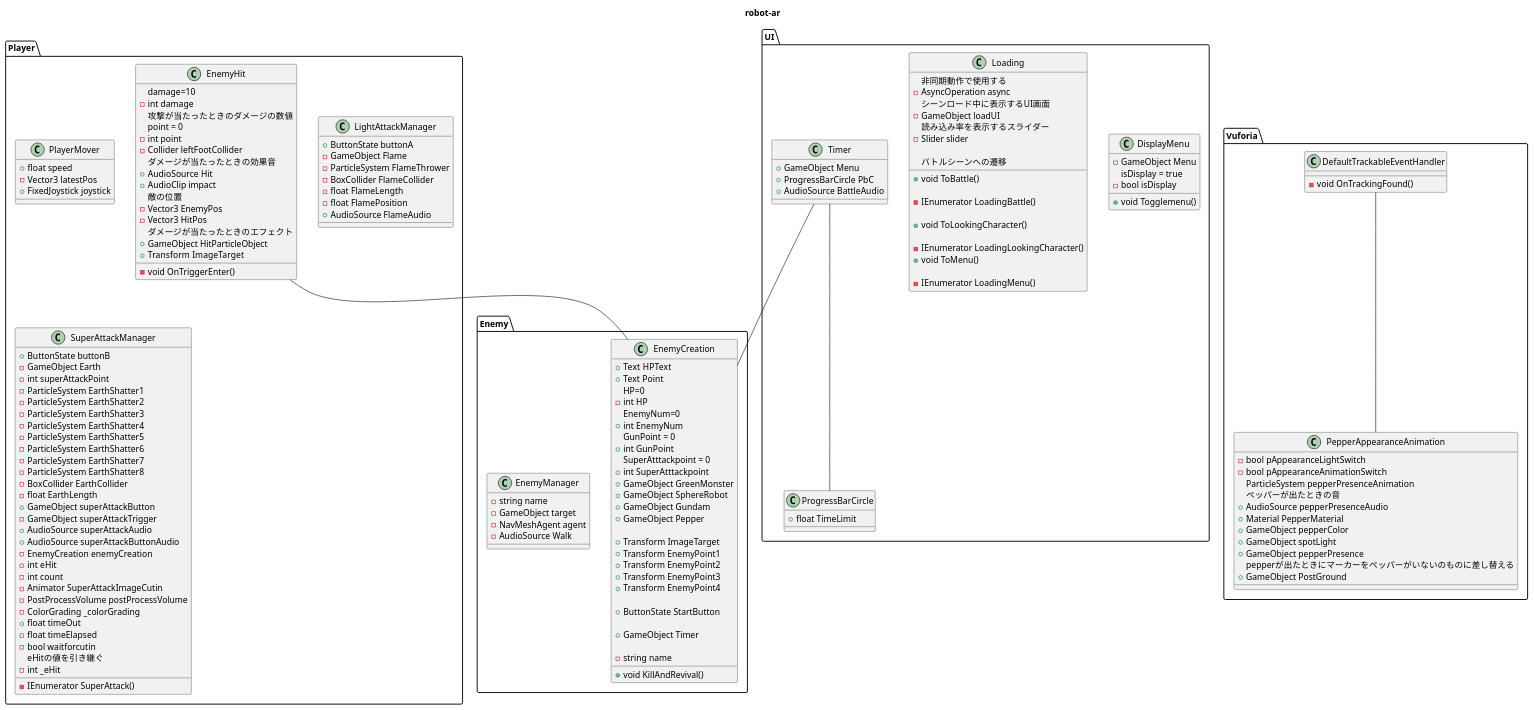
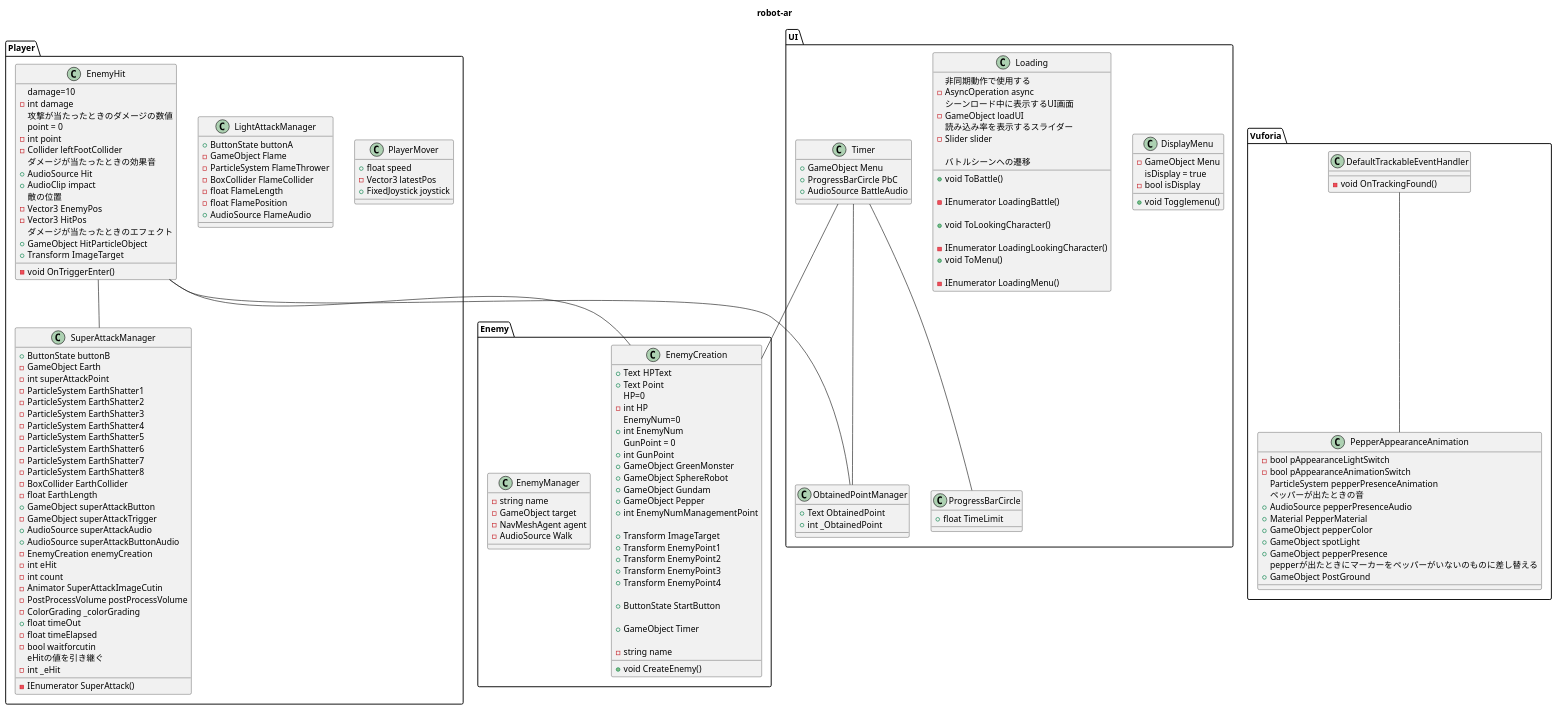
Before and after one commit to masaki11111/robot-ar: the diagram in plantuml/uml.pu, drawn with PlantUML. The commit also changed 48 other files, not shown here.

```diff
--- a/plantuml/uml.pu
+++ b/plantuml/uml.pu
@@ -1,190 +1,198 @@
 @startuml robot-ar
 title robot-ar
 package Enemy{
     class EnemyCreation {
 
         + Text HPText
         + Text Point
         HP=0
         - int HP
         EnemyNum=0
         + int EnemyNum
         GunPoint = 0
         + int GunPoint
-        SuperAtttackpoint = 0
-        + int SuperAtttackpoint
         + GameObject GreenMonster
         + GameObject SphereRobot
         + GameObject Gundam
         + GameObject Pepper
+        + int EnemyNumManagementPoint
 
         + Transform ImageTarget
         + Transform EnemyPoint1
         + Transform EnemyPoint2
         + Transform EnemyPoint3
         + Transform EnemyPoint4
 
         + ButtonState StartButton
 
         + GameObject Timer
 
         - string name
 
-        + void KillAndRevival()
+        + void CreateEnemy()
     }
 
     class EnemyManager {
         - string name
         - GameObject target
         - NavMeshAgent agent
         - AudioSource Walk
     }
 }
 
 package Player{
 
     class PlayerMover{
         + float speed
         - Vector3 latestPos
         + FixedJoystick joystick
 
     }
 
     class LightAttackManager{
         + ButtonState buttonA
         - GameObject Flame
         - ParticleSystem FlameThrower
         - BoxCollider FlameCollider
         - float FlameLength
         - float FlamePosition
         + AudioSource FlameAudio
 
     }
 
     class SuperAttackManager{
         + ButtonState buttonB
         - GameObject Earth
         - int superAttackPoint
         - ParticleSystem EarthShatter1
         - ParticleSystem EarthShatter2
         - ParticleSystem EarthShatter3
         - ParticleSystem EarthShatter4
         - ParticleSystem EarthShatter5
         - ParticleSystem EarthShatter6
         - ParticleSystem EarthShatter7
         - ParticleSystem EarthShatter8
         - BoxCollider EarthCollider
         - float EarthLength
         + GameObject superAttackButton
         - GameObject superAttackTrigger
         + AudioSource superAttackAudio
         + AudioSource superAttackButtonAudio
         - EnemyCreation enemyCreation
         - int eHit
         - int count
         - Animator SuperAttackImageCutin
         - PostProcessVolume postProcessVolume
         - ColorGrading _colorGrading
         + float timeOut
         - float timeElapsed
         - bool waitforcutin
         eHitの値を引き継ぐ
         - int _eHit
         - IEnumerator SuperAttack()
 
 
     }
 
     class EnemyHit{
         damage=10
         - int damage
         攻撃が当たったときのダメージの数値
         point = 0
         - int point
         - Collider leftFootCollider
         ダメージが当たったときの効果音
         + AudioSource Hit
         + AudioClip impact
         敵の位置
         - Vector3 EnemyPos
         - Vector3 HitPos
         ダメージが当たったときのエフェクト
         + GameObject HitParticleObject
         + Transform ImageTarget
 
         - void OnTriggerEnter()
 
 
     }
 
 }
 
 package UI{
+    class ObtainedPointManager{
+        + Text ObtainedPoint
+        + int _ObtainedPoint
+    }
     class DisplayMenu{
         - GameObject Menu
         isDisplay = true
         - bool isDisplay
         + void Togglemenu()
     }
 
     class Loading{
         非同期動作で使用する
         - AsyncOperation async
         シーンロード中に表示するUI画面
         - GameObject loadUI
         読み込み率を表示するスライダー
         - Slider slider
 
         バトルシーンへの遷移
         + void ToBattle()
 
         - IEnumerator LoadingBattle()
 
         + void ToLookingCharacter()
 
         - IEnumerator LoadingLookingCharacter()
         + void ToMenu()
 
         -IEnumerator LoadingMenu()
 
     }
 
     class ProgressBarCircle{
         + float TimeLimit
     }
     class Timer{
         + GameObject Menu
         + ProgressBarCircle PbC
         + AudioSource BattleAudio
     }
 
 }
 package Vuforia{
     class  DefaultTrackableEventHandler{
         - void OnTrackingFound()
     }
 
     class PepperAppearanceAnimation{
         - bool pAppearanceLightSwitch
         - bool pAppearanceAnimationSwitch
         ParticleSystem pepperPresenceAnimation
         ペッパーが出たときの音
         + AudioSource pepperPresenceAudio
         + Material PepperMaterial
         + GameObject pepperColor
         + GameObject spotLight
         + GameObject pepperPresence
         pepperが出たときにマーカーをペッパーがいないのものに差し替える
         + GameObject PostGround
     }
 
 }
 
 
 EnemyHit -- EnemyCreation
+EnemyHit -- SuperAttackManager
+EnemyHit -- ObtainedPointManager
+
+Timer -- ObtainedPointManager
+
 Timer -- ProgressBarCircle
 Timer -- EnemyCreation
 DefaultTrackableEventHandler -- PepperAppearanceAnimation
 
 
 @enduml
```
